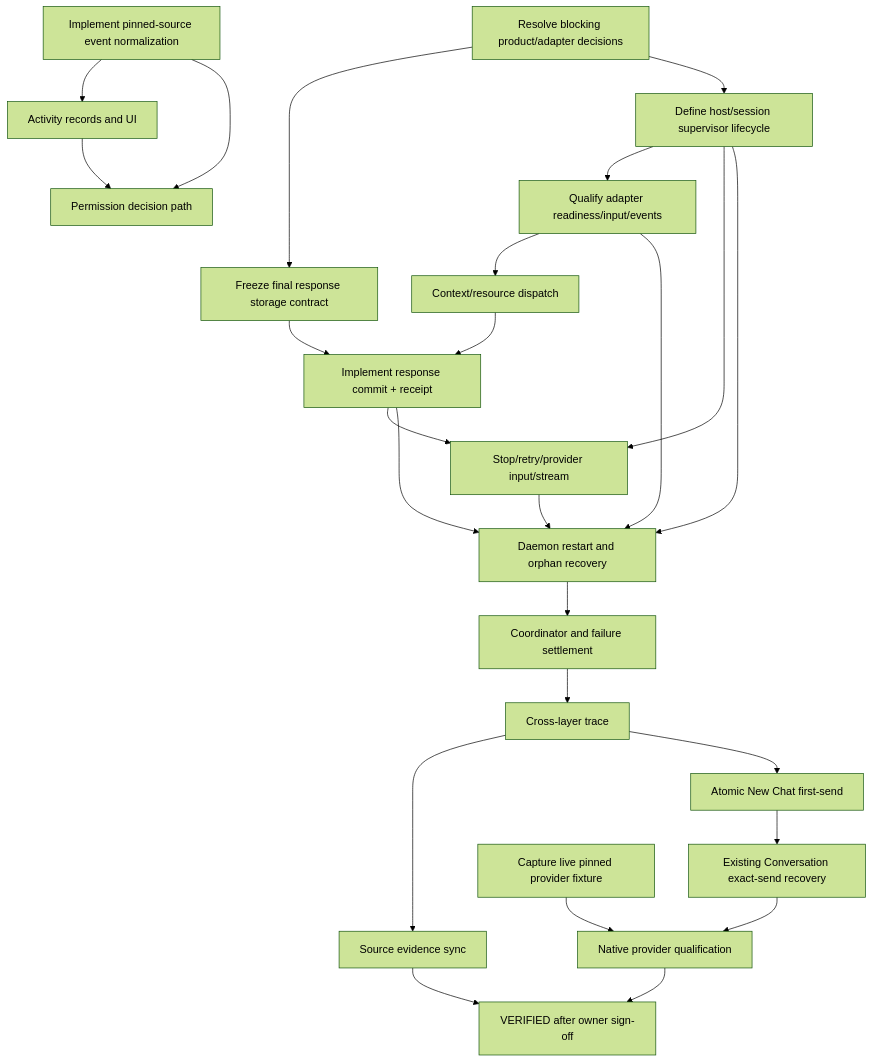
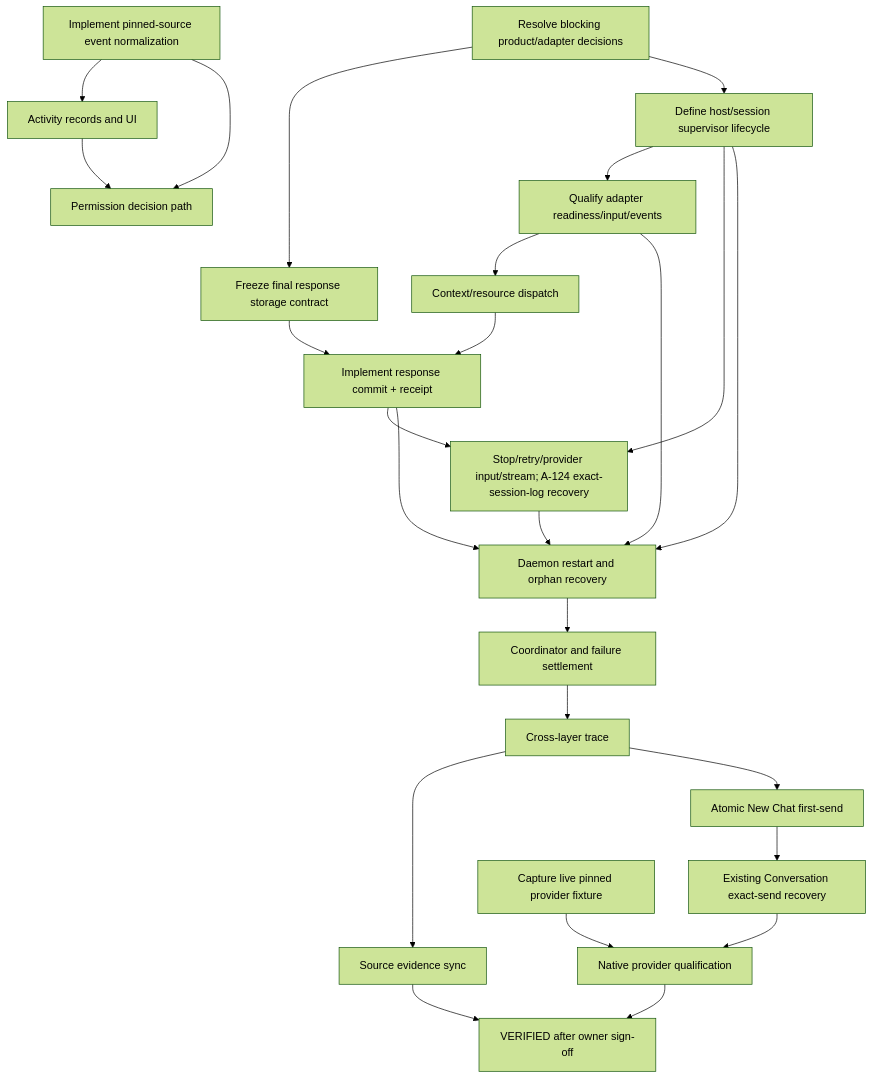
Before and after one commit to sarv-projects/litecowork: the diagram in specs/001-conversation-session-supervisor/PLAN.md, drawn with Mermaid (forest theme). The commit also changed other lines of this file and 20 other files, not shown here.

````diff
--- a/specs/001-conversation-session-supervisor/PLAN.md
+++ b/specs/001-conversation-session-supervisor/PLAN.md
@@ -16,28 +16,28 @@
 ```mermaid
 flowchart TD
   T1[Resolve blocking product/adapter decisions] --> T2[Freeze final response storage contract]
   T1 --> T3[Define host/session supervisor lifecycle]
   T2 --> T6[Implement response commit + receipt]
   T3 --> T4[Qualify adapter readiness/input/events]
   T4 --> T5[Context/resource dispatch]
   T5 --> T6
-  T3 --> T7[Stop/retry/provider input/stream]
+  T3 --> T7[Stop/retry/provider input/stream; A-124 exact-session-log recovery]
   T6 --> T7
   T3 --> T8[Daemon restart and orphan recovery]
   T4 --> T8
   T6 --> T8
   T7 --> T8
   T8 --> T20[Coordinator and failure settlement]
   T20 --> T21[Cross-layer trace]
   T21 --> T22[Source evidence sync]
   T21 --> T29[Atomic New Chat first-send]
   T29 --> T30[Existing Conversation exact-send recovery]
   T30 --> T9[System and owner qualification]
   T23[Capture live pinned provider fixture] --> T9[Native provider qualification]
   T24[Implement pinned-source event normalization]
   T24 --> T25[Activity records and UI]
   T25 --> T27[Permission decision path]
   T24 --> T27
   T22 --> T28[VERIFIED after owner sign-off]
   T9 --> T28
 ```
````
